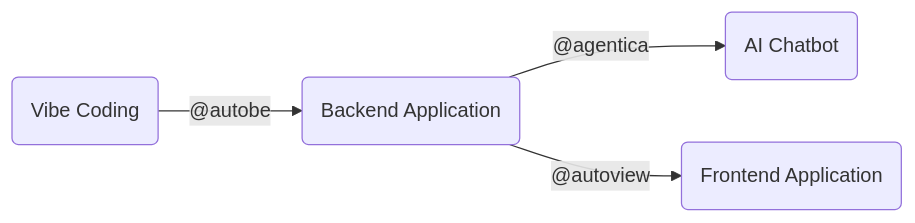
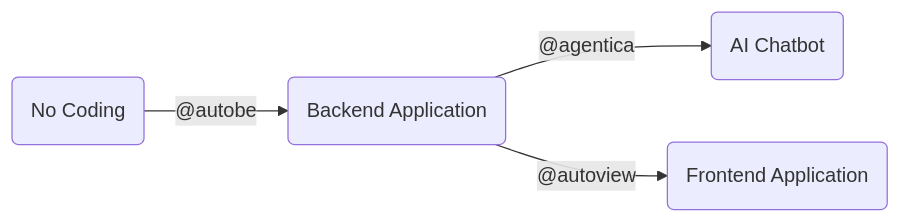
The diagram in website/content/docs/index.mdx (RavenView-ai/autobe), drawn with Mermaid before and after one commit. The commit also changed other lines of this file and 14 other files, not shown here.

````diff
--- a/website/content/docs/index.mdx
+++ b/website/content/docs/index.mdx
@@ -80,11 +82,11 @@
 ```mermaid
 flowchart LR
-vibe("Vibe Coding")
+no("No Coding")
 backend("Backend Application")
 chatbot("AI Chatbot")
 frontend("Frontend Application")
 
-vibe --"@autobe" --> backend
+no --"@autobe" --> backend
 backend --"@agentica" --> chatbot
 backend --"@autoview" --> frontend
 ```
````
